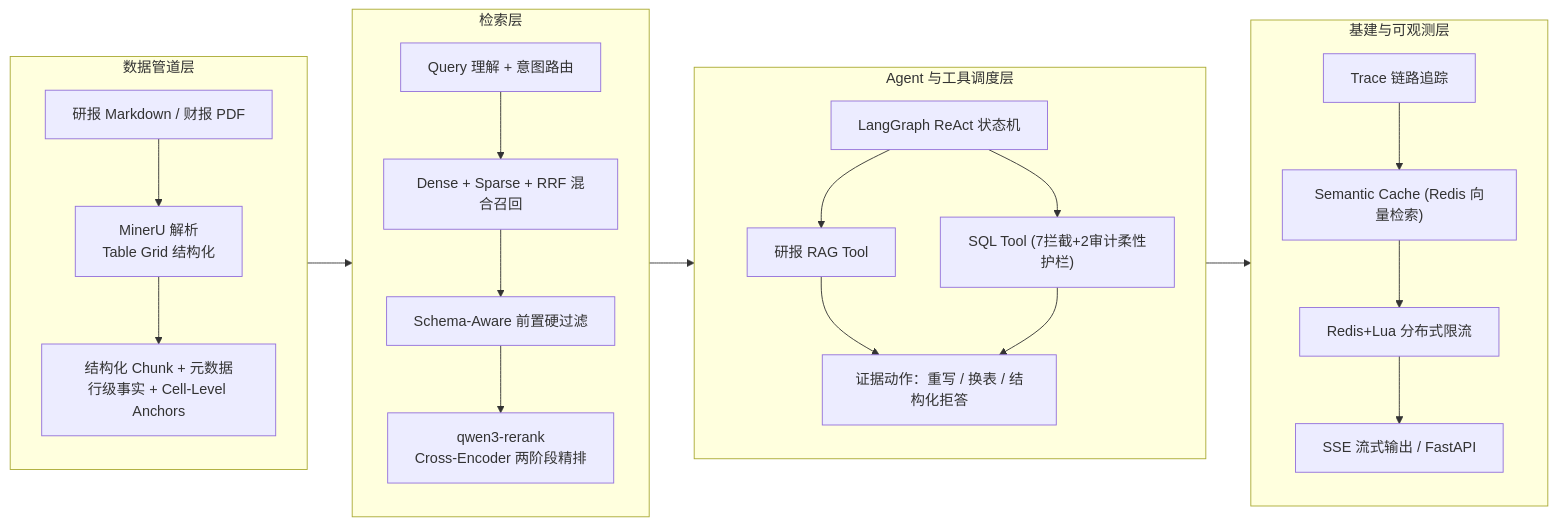
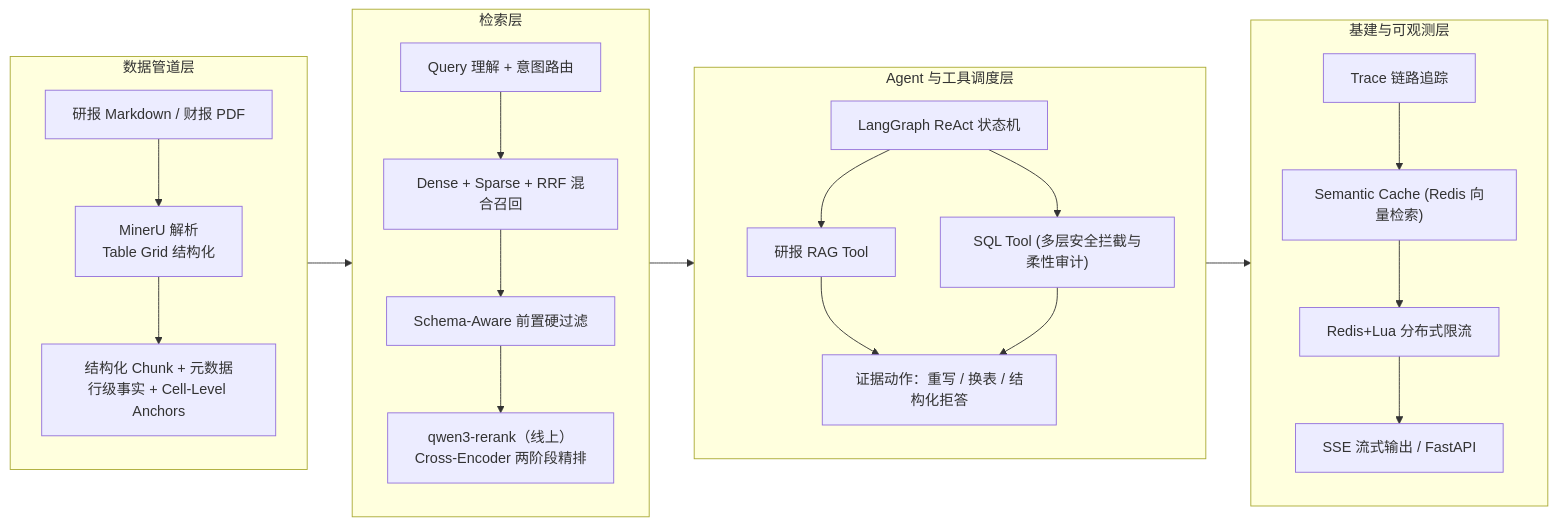
One commit to autumnieave/table-evidence-rag changed the diagram in README.md. Above: the diagram before and after it, drawn with Mermaid. The commit also changed other lines of this file, not shown here.

Commit message:
docs: 修正 README 中的首字延迟、精排模型归属与 SQL 拦截口径

````diff
--- a/README.md
+++ b/README.md
@@ -23,28 +23,28 @@
 ```mermaid
 flowchart LR
     subgraph D[数据管道层]
         D1["研报 Markdown / 财报 PDF"] --> D2["MinerU 解析<br/>Table Grid 结构化"]
         D2 --> D3["结构化 Chunk + 元数据<br/>行级事实 + Cell-Level Anchors"]
     end
 
     subgraph R[检索层]
         R1["Query 理解 + 意图路由"] --> R2["Dense + Sparse + RRF 混合召回"]
         R2 --> R3["Schema-Aware 前置硬过滤"]
-        R3 --> R4["qwen3-rerank<br/>Cross-Encoder 两阶段精排"]
+        R3 --> R4["qwen3-rerank（线上）<br/>Cross-Encoder 两阶段精排"]
     end
 
     subgraph A[Agent 与工具调度层]
         A1["LangGraph ReAct 状态机"] --> A2["研报 RAG Tool"]
-        A1 --> A3["SQL Tool (7拦截+2审计柔性护栏)"]
+        A1 --> A3["SQL Tool (多层安全拦截与柔性审计)"]
         A2 --> A4["证据动作：重写 / 换表 / 结构化拒答"]
         A3 --> A4
     end
 
     subgraph I[基建与可观测层]
         I1["Trace 链路追踪"] --> I2["Semantic Cache (Redis 向量检索)"]
         I2 --> I3["Redis+Lua 分布式限流"]
         I3 --> I4["SSE 流式输出 / FastAPI"]
     end
 
     D --> R --> A --> I
 ```
````
